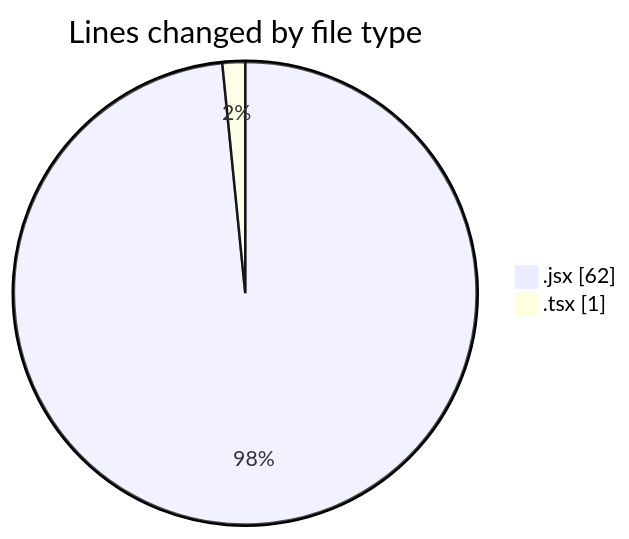
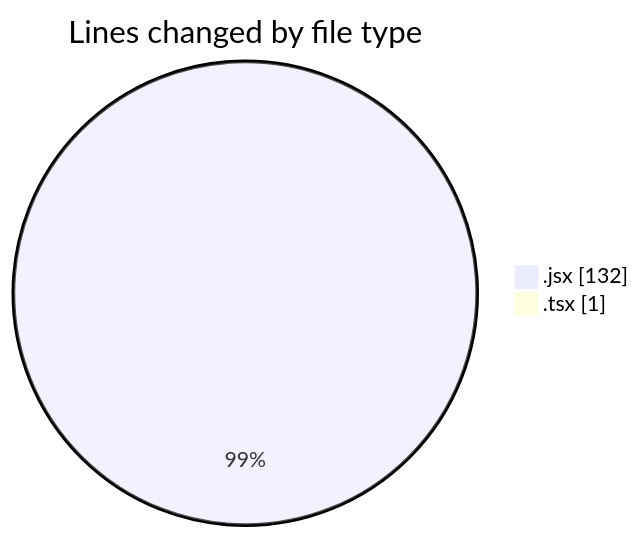
The first of 2 diagrams in 2025-02-10/react_ecom/README.md (Elitesun/code-tracking), drawn with Mermaid before and after one commit. The commit also changed other lines of this file and 1 other file, not shown here.

````diff
--- a/2025-02-10/react_ecom/README.md
+++ b/2025-02-10/react_ecom/README.md
@@ -23,6 +24,6 @@
 ```mermaid
 pie showData
 title Lines changed by file type
-".jsx" : 62
+".jsx" : 132
 ".tsx" : 1
 ```
````
